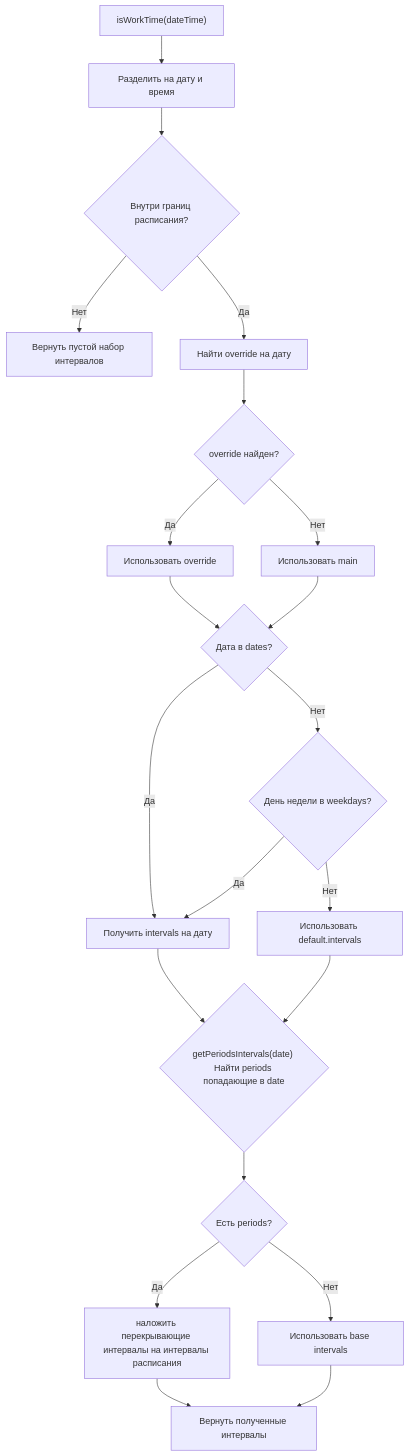
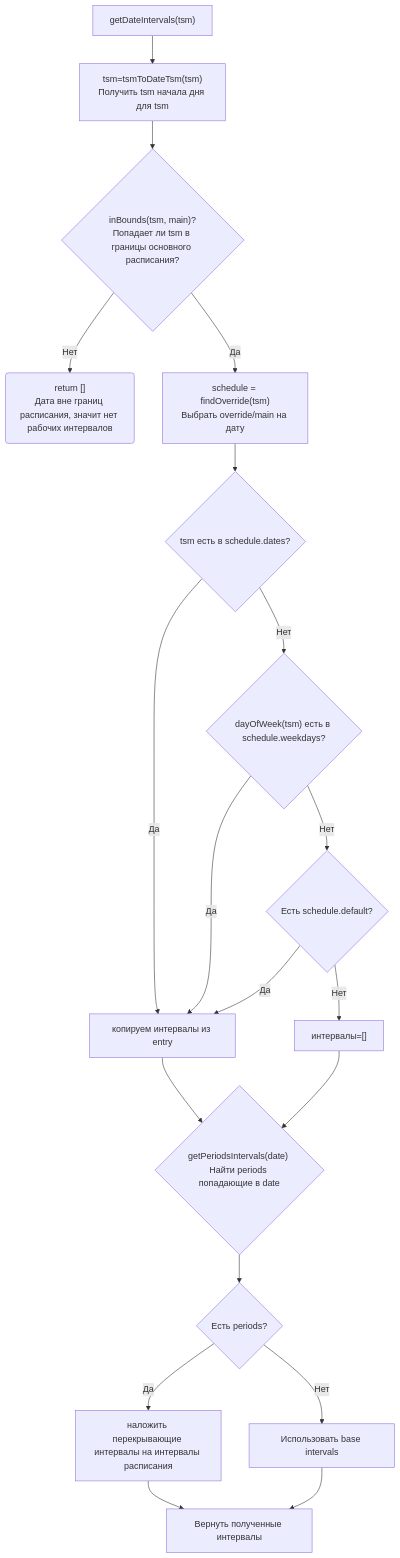
One commit to spo0okie/arms_inventory changed the second of 10 diagrams in modules/schedules/plans/compile.md. Above: the diagram before and after it, drawn with Mermaid. The commit also changed other lines of this file and 1 other file, not shown here.

````diff
--- a/modules/schedules/plans/compile.md
+++ b/modules/schedules/plans/compile.md
@@ -165,24 +202,22 @@
 ```mermaid
 flowchart TD
-    A["isWorkTime(dateTime)"] --> B[Разделить на дату и время]
-    B --> C{Внутри границ расписания?}
-    C -->|Нет| D[Вернуть пустой набор интервалов]
-    C -->|Да| E[Найти override на дату]
-    E --> F{override найден?}
-    F -->|Да| G[Использовать override]
-    F -->|Нет| H[Использовать main]
-    G --> I{Дата в dates?}
-    H --> I
-    I -->|Да| J[Получить intervals на дату]
-    I -->|Нет| K{День недели в weekdays?}
+    A["getDateIntervals(tsm)"] --> B["tsm=tsmToDateTsm(tsm)<br>Получить tsm начала дня для tsm"] 
+    B --> C{"inBounds(tsm, main)?<br>Попадает ли tsm в границы основного расписания?"}
+    C -->|Нет| D("return []<br>Дата вне границ расписания, значит нет рабочих интервалов")
+    C -->|Да| E["schedule = findOverride(tsm)<br>Выбрать override/main на дату"]
+    E --> I{tsm есть в schedule.dates?}
+    I -->|Да| J[копируем интервалы из entry]
+    I -->|Нет| K{"dayOfWeek(tsm) есть в schedule.weekdays?"}
     K -->|Да| J
-    K -->|Нет| L[Использовать default.intervals]
+    K -->|Нет| L{Есть schedule.default?}
+    L -->|Да| J
+    L -->|Нет| Empty["интервалы=[]"] --> M
     J --> M{"getPeriodsIntervals(date) Найти periods попадающие в date"}
-    L --> M
+
     M --> N{Есть periods?}
     N -->|Да| O[наложить перекрывающие интервалы на интервалы расписания]
     O --> P
     N -->|Нет| Q[Использовать base intervals]
     Q --> P[Вернуть полученные интервалы]
     
 ```
````
